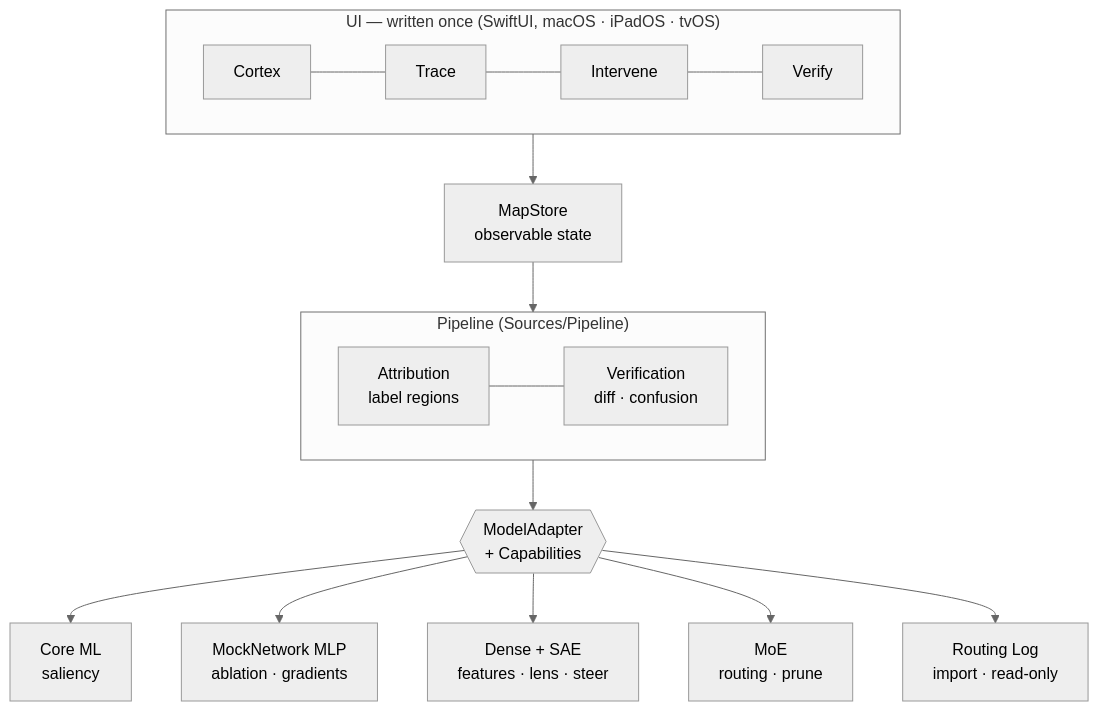
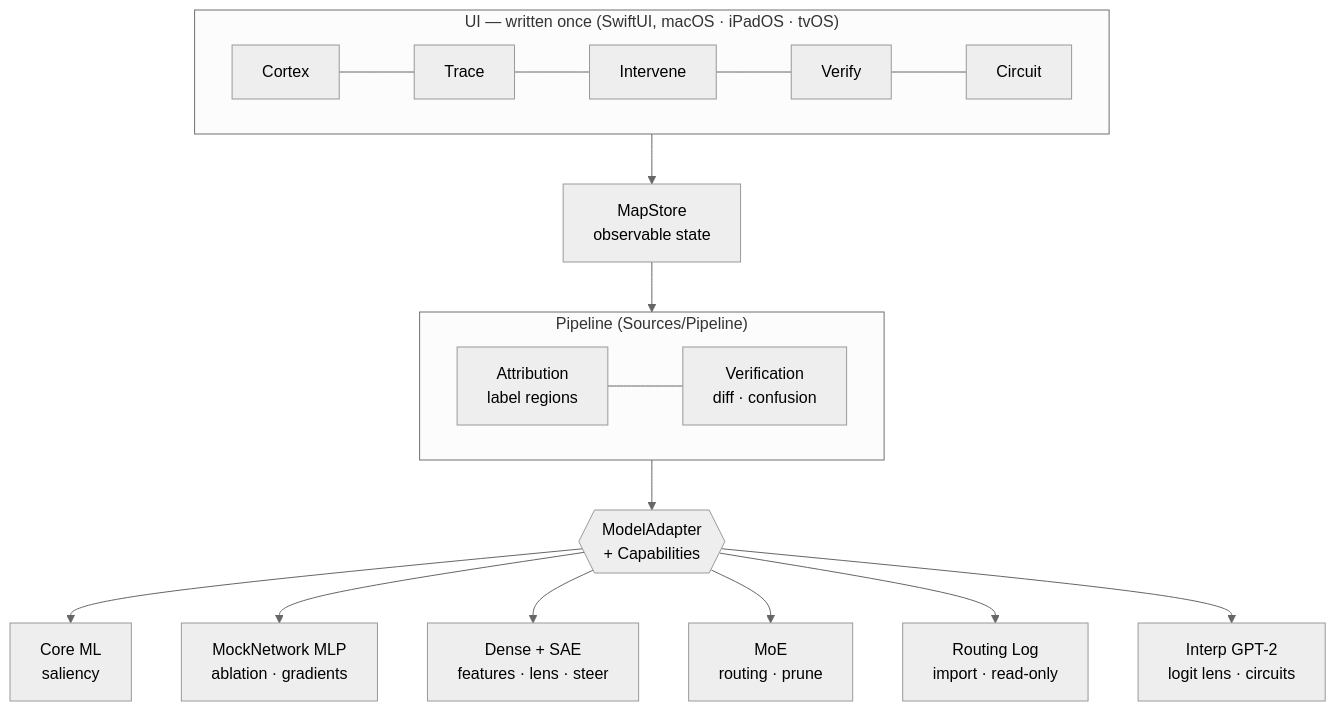
Before and after one commit to american-code/ModelCartography: the diagram in README.md, drawn with Mermaid (neutral theme). The commit also changed other lines of this file and 11 other files, not shown here.

Commit message:
feat: add circuit visualization and logit lens views via SwiftSci Interp integration

````diff
--- a/README.md
+++ b/README.md
@@ -26,22 +26,23 @@
 ```mermaid
 flowchart TB
     subgraph UI["UI — written once (SwiftUI, macOS · iPadOS · tvOS)"]
         direction LR
-        C[Cortex] --- T[Trace] --- I[Intervene] --- V[Verify]
+        C[Cortex] --- T[Trace] --- I[Intervene] --- V[Verify] --- CI[Circuit]
     end
     UI --> STORE["MapStore<br/>observable state"]
     STORE --> PIPE
 
     subgraph PIPE["Pipeline (Sources/Pipeline)"]
         direction LR
         AT["Attribution<br/>label regions"] --- VE["Verification<br/>diff · confusion"]
     end
 
     PIPE --> IFACE{{"ModelAdapter<br/>+ Capabilities"}}
 
     IFACE --> A1["Core ML<br/>saliency"]
     IFACE --> A2["MockNetwork MLP<br/>ablation · gradients"]
     IFACE --> A3["Dense + SAE<br/>features · lens · steer"]
     IFACE --> A4["MoE<br/>routing · prune"]
     IFACE --> A5["Routing Log<br/>import · read-only"]
+    IFACE --> A6["Interp GPT-2<br/>logit lens · circuits"]
 ```
````
